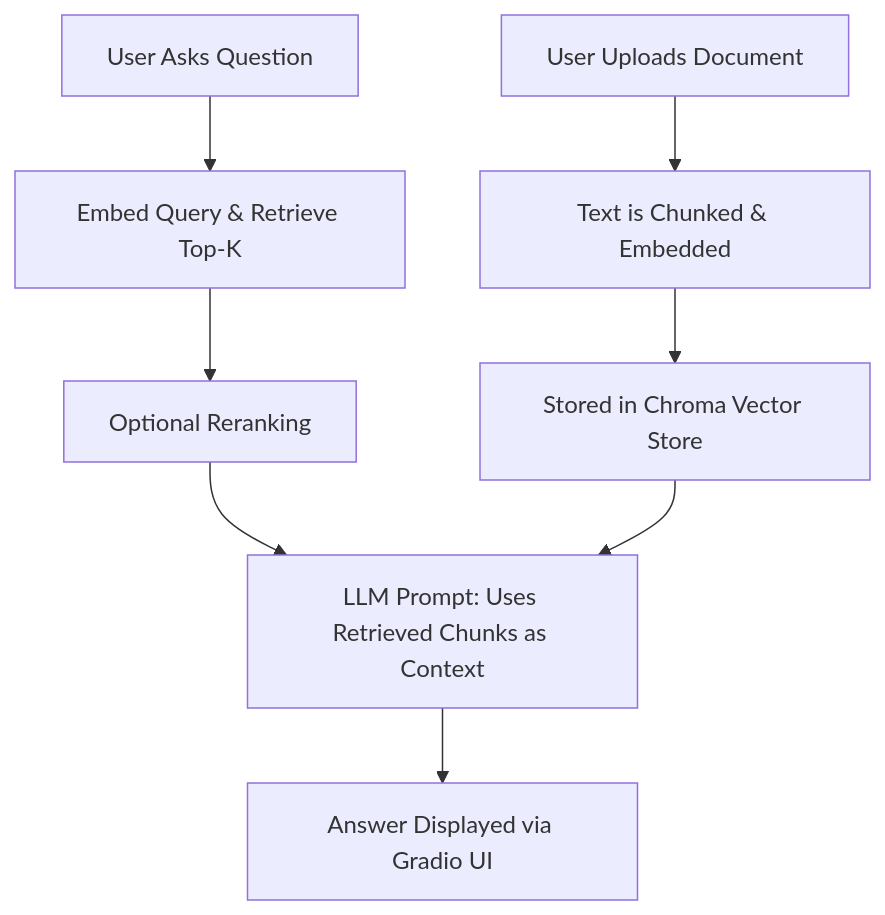
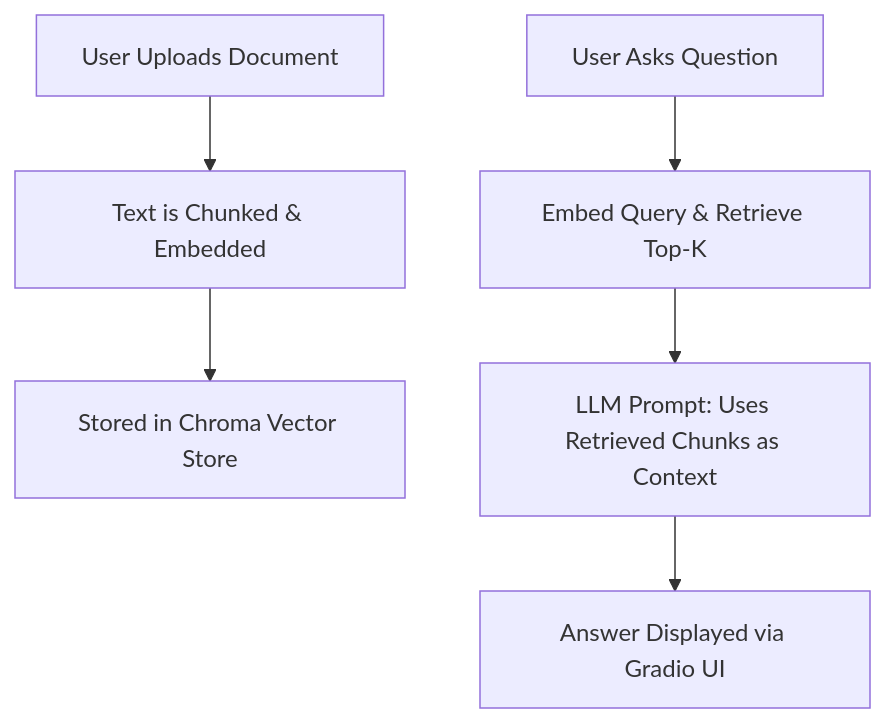
One commit to anandan-bs/ollama-rag-engine changed the diagram in README.md. Above: the diagram before and after it, drawn with Mermaid. The commit also changed other lines of this file and 30 other files, not shown here.

````diff
--- a/README.md
+++ b/README.md
@@ -91,10 +101,8 @@
 ```mermaid
 flowchart TD
     A[User Uploads Document] --> B[Text is Chunked & Embedded]
     B --> C[Stored in Chroma Vector Store]
     D[User Asks Question] --> E[Embed Query & Retrieve Top-K]
-    E --> F[Optional Reranking]
-    F --> G[LLM Prompt: Uses Retrieved Chunks as Context]
-    C --> G
-    G --> H[Answer Displayed via Gradio UI]
+    E --> F[LLM Prompt: Uses Retrieved Chunks as Context]
+    F --> G[Answer Displayed via Gradio UI]
 ```
````
